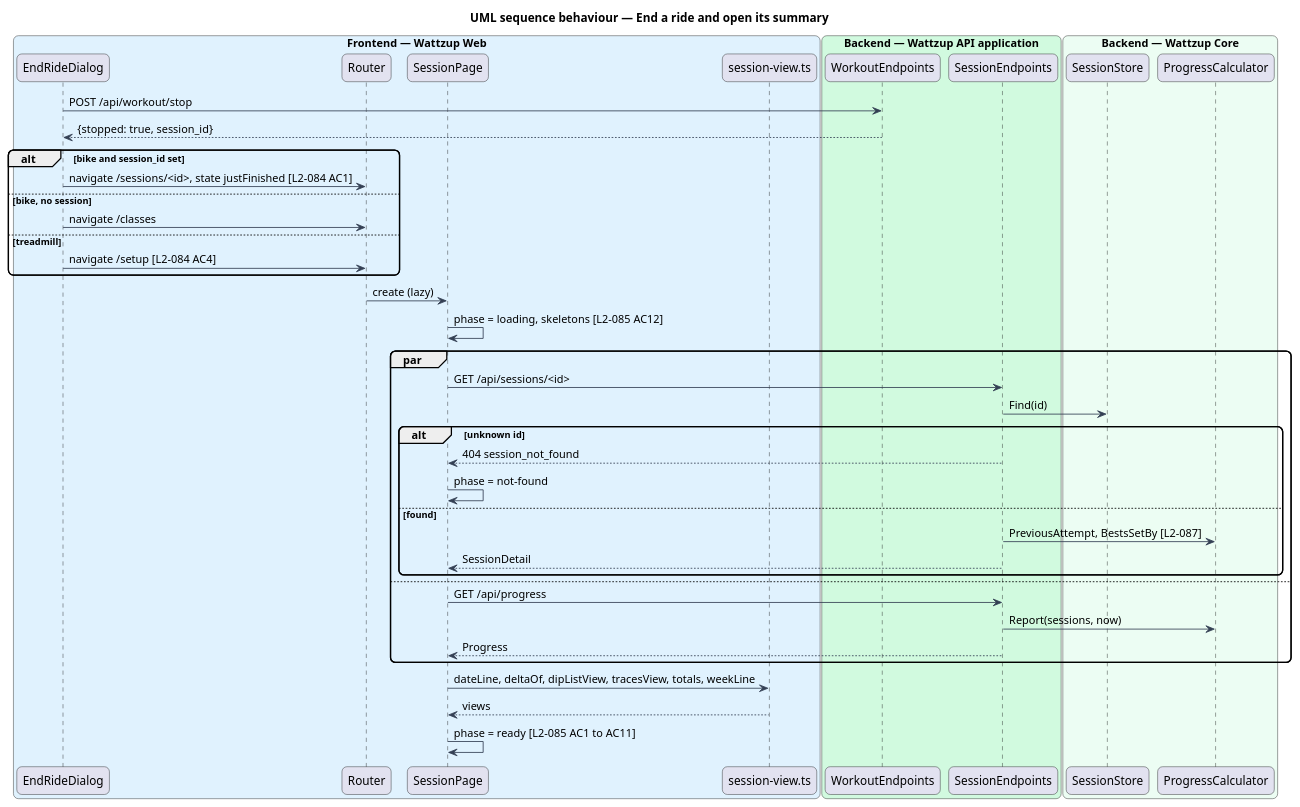
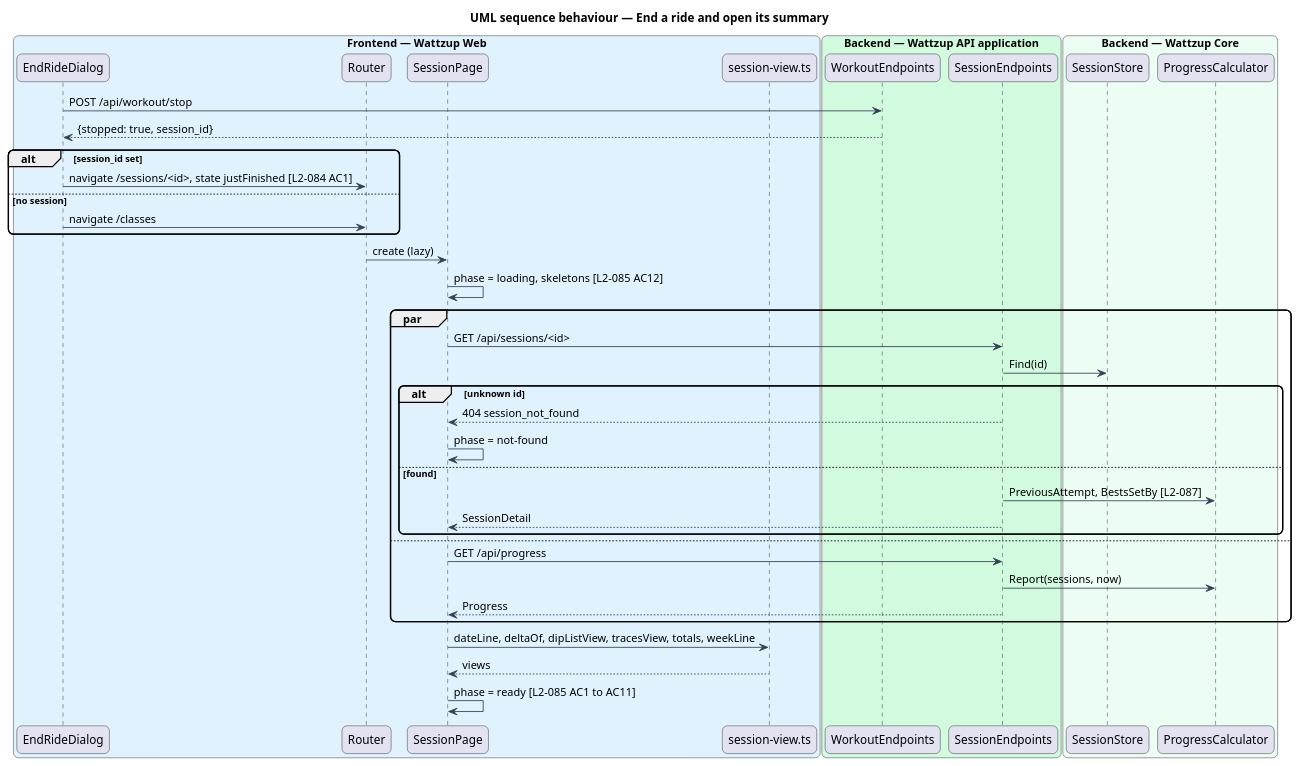
One commit to QuinntyneBrown/ride-one changed the diagram in docs/detailed-designs/history/review-session/diagrams/sequence-open-summary.puml. Above: the diagram before and after it, drawn with PlantUML. The commit also changed 225 other files, not shown here.

```diff
--- a/docs/detailed-designs/history/review-session/diagrams/sequence-open-summary.puml
+++ b/docs/detailed-designs/history/review-session/diagrams/sequence-open-summary.puml
@@ -1,52 +1,50 @@
 @startuml
 title UML sequence behaviour — End a ride and open its summary
 skinparam backgroundColor #FFFFFF
 skinparam shadowing false
 skinparam roundcorner 12
 skinparam defaultFontName Arial
 skinparam ArrowColor #344054
 box "Frontend — Wattzup Web" #E0F2FE
   participant "EndRideDialog" as dlg
   participant "Router" as router
   participant "SessionPage" as page
   participant "session-view.ts" as view
 end box
 box "Backend — Wattzup API application" #D1FADF
   participant "WorkoutEndpoints" as wep
   participant "SessionEndpoints" as sep
 end box
 box "Backend — Wattzup Core" #ECFDF3
   participant "SessionStore" as store
   participant "ProgressCalculator" as calc
 end box
 
 dlg -> wep : POST /api/workout/stop
 wep --> dlg : {stopped: true, session_id}
-alt bike and session_id set
+alt session_id set
   dlg -> router : navigate /sessions/<id>, state justFinished [L2-084 AC1]
-else bike, no session
+else no session
   dlg -> router : navigate /classes
-else treadmill
-  dlg -> router : navigate /setup [L2-084 AC4]
 end
 router -> page : create (lazy)
 page -> page : phase = loading, skeletons [L2-085 AC12]
 par
   page -> sep : GET /api/sessions/<id>
   sep -> store : Find(id)
   alt unknown id
     sep --> page : 404 session_not_found
     page -> page : phase = not-found
   else found
     sep -> calc : PreviousAttempt, BestsSetBy [L2-087]
     sep --> page : SessionDetail
   end
 else
   page -> sep : GET /api/progress
   sep -> calc : Report(sessions, now)
   sep --> page : Progress
 end
 page -> view : dateLine, deltaOf, dipListView, tracesView, totals, weekLine
 view --> page : views
 page -> page : phase = ready [L2-085 AC1 to AC11]
 @enduml
```
